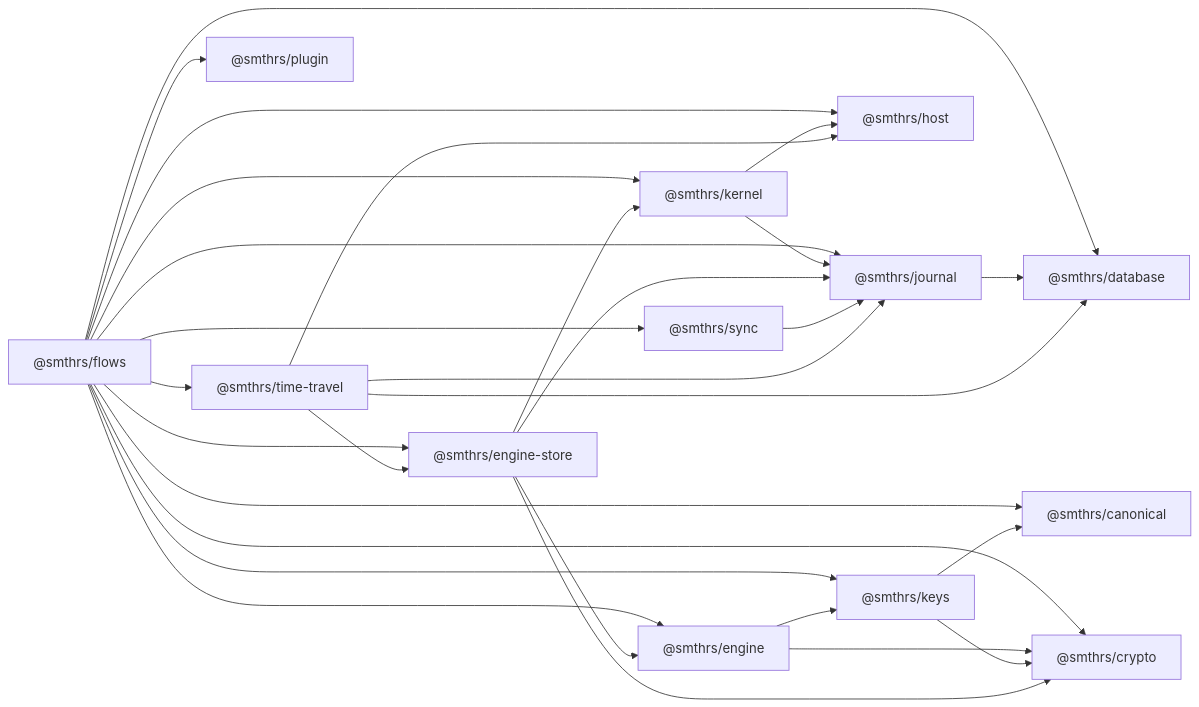
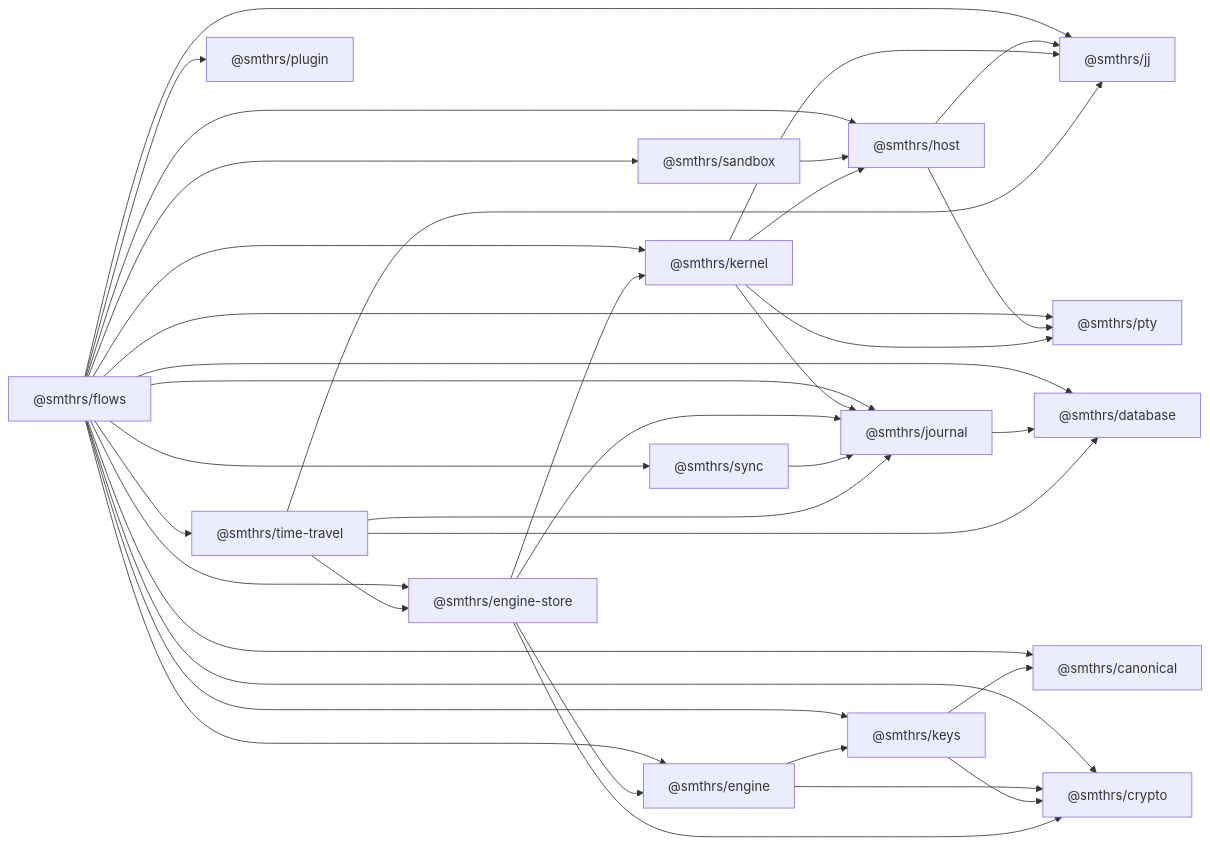
Before and after one commit to smithersai/flows: the diagram in docs/pages/package-structure.md, drawn with Mermaid. The commit also changed other lines of this file and 21 other files, not shown here.

````diff
--- a/docs/pages/package-structure.md
+++ b/docs/pages/package-structure.md
@@ -42,45 +45,56 @@
 ```mermaid
 flowchart LR
   FLOWS["@smthrs/flows"]
   TT["@smthrs/time-travel"]
   ES["@smthrs/engine-store"]
   SYNC["@smthrs/sync"]
   KERNEL["@smthrs/kernel"]
   ENGINE["@smthrs/engine"]
   JOURNAL["@smthrs/journal"]
   DB["@smthrs/database"]
   HOST["@smthrs/host"]
+  JJ["@smthrs/jj"]
+  PTY["@smthrs/pty"]
+  SANDBOX["@smthrs/sandbox"]
   KEYS["@smthrs/keys"]
   CRYPTO["@smthrs/crypto"]
   CANONICAL["@smthrs/canonical"]
   PLUGIN["@smthrs/plugin"]
 
   FLOWS --> HOST
+  FLOWS --> JJ
+  FLOWS --> PTY
+  FLOWS --> SANDBOX
   FLOWS --> DB
   FLOWS --> JOURNAL
   FLOWS --> KERNEL
   FLOWS --> KEYS
   FLOWS --> CRYPTO
   FLOWS --> CANONICAL
   FLOWS --> ENGINE
   FLOWS --> ES
   FLOWS --> PLUGIN
   FLOWS --> SYNC
   FLOWS --> TT
   JOURNAL --> DB
+  HOST --> JJ
+  HOST --> PTY
+  SANDBOX --> HOST
   KERNEL --> HOST
+  KERNEL --> JJ
+  KERNEL --> PTY
   KERNEL --> JOURNAL
   ENGINE --> KEYS
   ENGINE --> CRYPTO
   KEYS --> CANONICAL
   KEYS --> CRYPTO
   ES --> ENGINE
   ES --> CRYPTO
   ES --> JOURNAL
   ES --> KERNEL
   SYNC --> JOURNAL
   TT --> DB
   TT --> ES
-  TT --> HOST
+  TT --> JJ
   TT --> JOURNAL
 ```
````
